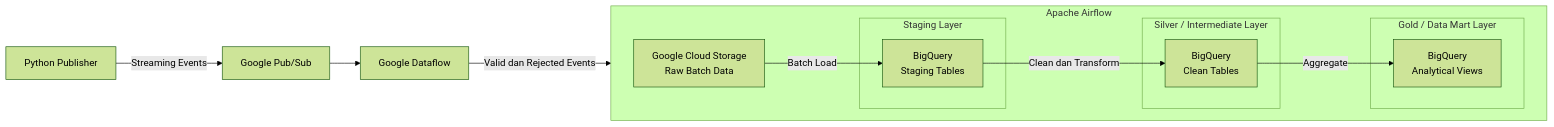
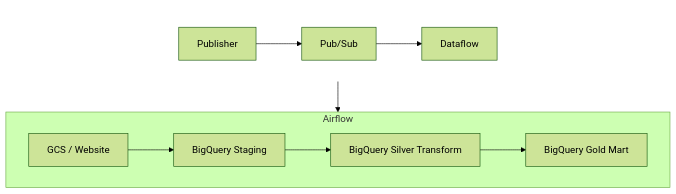
The diagram in README.md (jonathansionk/capstone3_green_taxi_batch_streaming_data_pipeline), drawn with Mermaid (forest theme) before and after one commit.

````diff
--- a/README.md
+++ b/README.md
@@ -23,34 +23,19 @@
 ```mermaid
-flowchart LR
+flowchart TB
 
-    PUBLISHER["Python Publisher"]
-    PUBSUB["Google Pub/Sub"]
-    DATAFLOW["Google Dataflow"]
-
-    PUBLISHER -->|Streaming Events| PUBSUB
-    PUBSUB --> DATAFLOW
-
-    subgraph AIRFLOW["Apache Airflow"]
+    subgraph STREAMING[" "]
         direction LR
-
-        GCS["Google Cloud Storage<br/>Raw Batch Data"]
-
-        subgraph STAGING["Staging Layer"]
-            BQ_STAGING["BigQuery<br/>Staging Tables"]
-        end
-
-        subgraph SILVER["Silver / Intermediate Layer"]
-            BQ_SILVER["BigQuery<br/>Clean Tables"]
-        end
-
-        subgraph GOLD["Gold / Data Mart Layer"]
-            BQ_GOLD["BigQuery<br/>Analytical Views"]
-        end
-
-        GCS -->|Batch Load| BQ_STAGING
-        BQ_STAGING -->|Clean dan Transform| BQ_SILVER
-        BQ_SILVER -->|Aggregate| BQ_GOLD
+        PUBLISHER["Publisher"] --> PUBSUB["Pub/Sub"] --> DATAFLOW["Dataflow"]
     end
 
-    DATAFLOW -->|Valid dan Rejected Events| BQ_STAGING
+    subgraph AIRFLOW["Airflow"]
+        direction LR
+        GCS["GCS / Website"] --> STAGING["BigQuery Staging"]
+        STAGING --> SILVER["BigQuery Silver Transform"]
+        SILVER --> GOLD["BigQuery Gold Mart"]
+    end
+
+    DATAFLOW --> STAGING
+
+    style STREAMING fill:transparent,stroke:transparent
 ```
````
